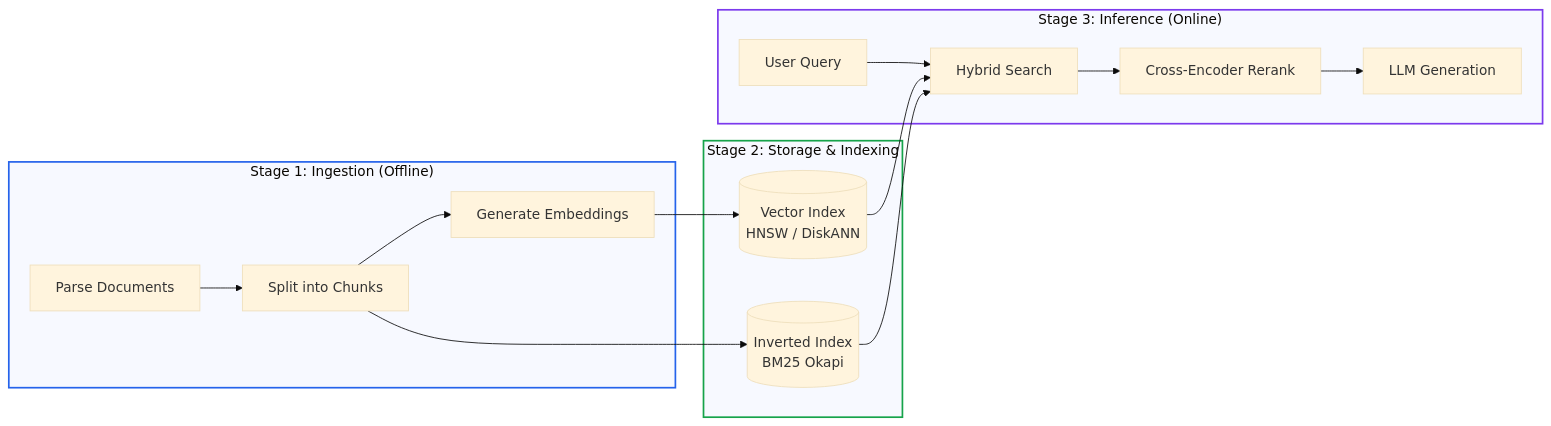
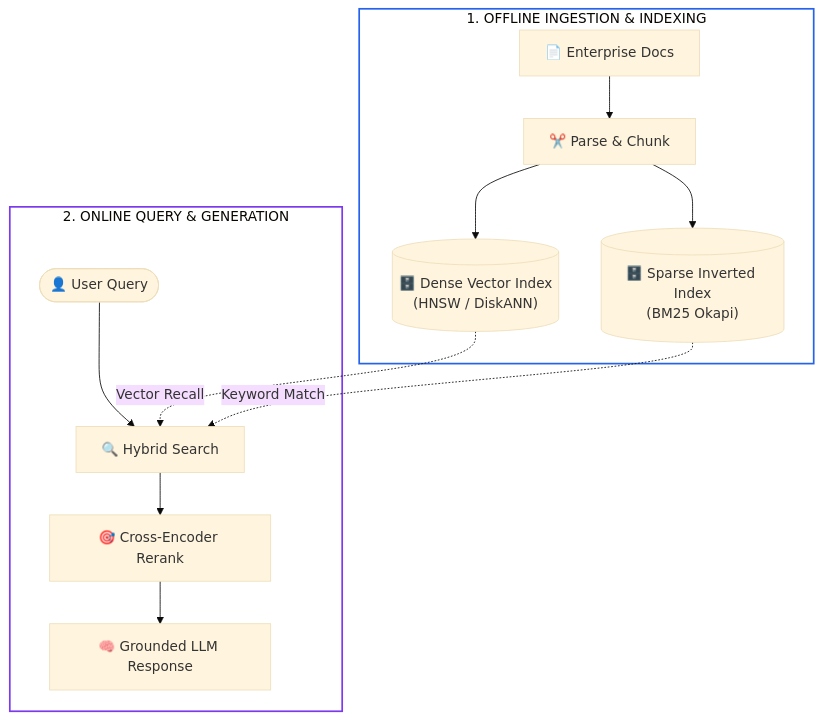
Before and after one commit to dip4k/senior-engineer-to-ai-engineer-roadmap: the third of 3 diagrams in 02-rag-and-knowledge-systems/00-rag-fundamentals-and-retrieval-architectures.md, drawn with Mermaid (base theme). The commit also changed other lines of this file and 39 other files, not shown here.

First line of the commit message:
feat(curriculum): upgrade mermaid diagrams with unicode icons & codify anti-bloat layout rules

````diff
--- a/02-rag-and-knowledge-systems/00-rag-fundamentals-and-retrieval-architectures.md
+++ b/02-rag-and-knowledge-systems/00-rag-fundamentals-and-retrieval-architectures.md
@@ -119,24 +119,20 @@
 ```mermaid
-flowchart LR
-    subgraph S1["Stage 1: Ingestion (Offline)"]
-        P["Parse Documents"] --> C["Split into Chunks"]
-        C --> E["Generate Embeddings"]
+flowchart TD
+    subgraph Offline["1. OFFLINE INGESTION & INDEXING"]
+        Docs["📄 Enterprise Docs"] --> Split["✂️ Parse & Chunk"]
+        Split --> VDB[("🗄️ Dense Vector Index<br>(HNSW / DiskANN)")]
+        Split --> KDB[("🗄️ Sparse Inverted Index<br>(BM25 Okapi)")]
     end
 
-    subgraph S2["Stage 2: Storage & Indexing"]
-        E --> VDB[("Vector Index<br>HNSW / DiskANN")]
-        C --> KDB[("Inverted Index<br>BM25 Okapi")]
+    subgraph Online["2. ONLINE QUERY & GENERATION"]
+        Query(["👤 User Query"]) --> Search["🔍 Hybrid Search"]
+        Search --> Rerank["🎯 Cross-Encoder Rerank"]
+        Rerank --> LLM["🧠 Grounded LLM Response"]
     end
 
-    subgraph S3["Stage 3: Inference (Online)"]
-        UQ["User Query"] --> RET["Hybrid Search"]
-        VDB --> RET
-        KDB --> RET
-        RET --> RR["Cross-Encoder Rerank"]
-        RR --> SYN["LLM Generation"]
-    end
+    VDB -.->|"Vector Recall"| Search
+    KDB -.->|"Keyword Match"| Search
 
-    style S1 stroke:#2563eb,stroke-width:2px
-    style S2 stroke:#16a34a,stroke-width:2px
-    style S3 stroke:#7c3aed,stroke-width:2px
+    style Offline fill:none,stroke:#2563eb,stroke-width:2px
+    style Online fill:none,stroke:#7c3aed,stroke-width:2px
 ```
````
